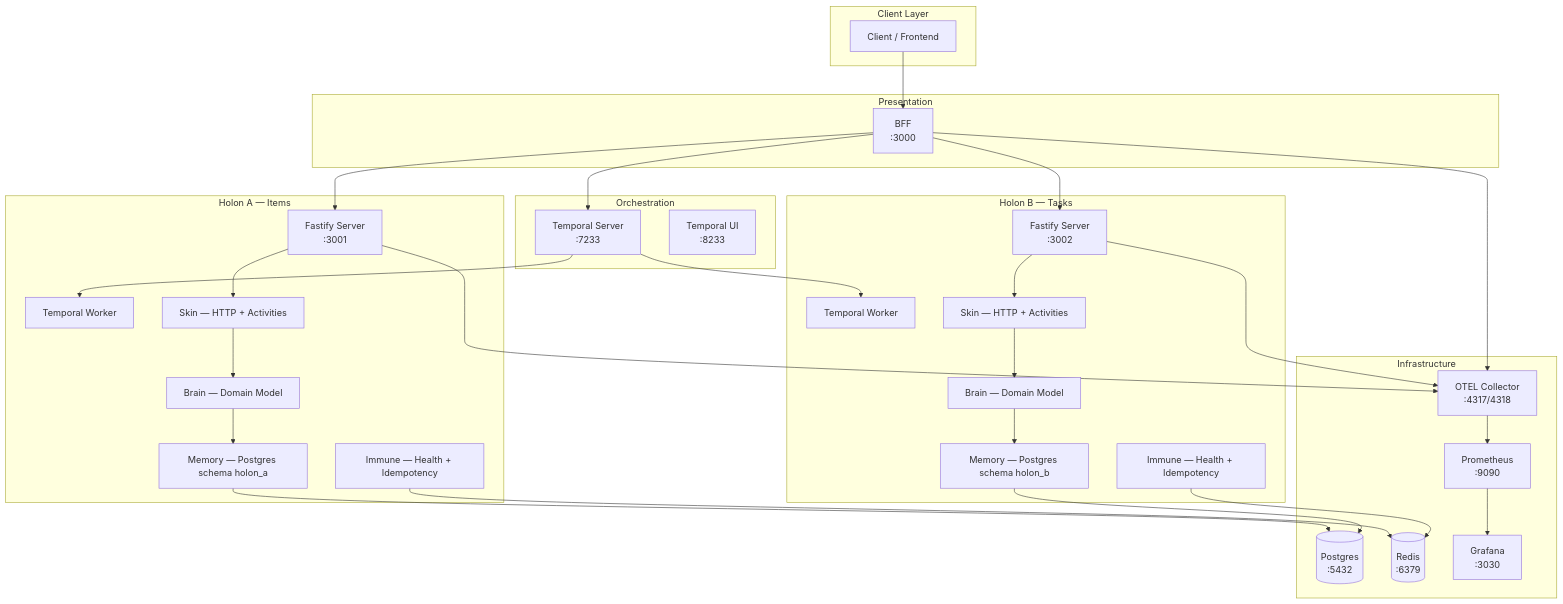
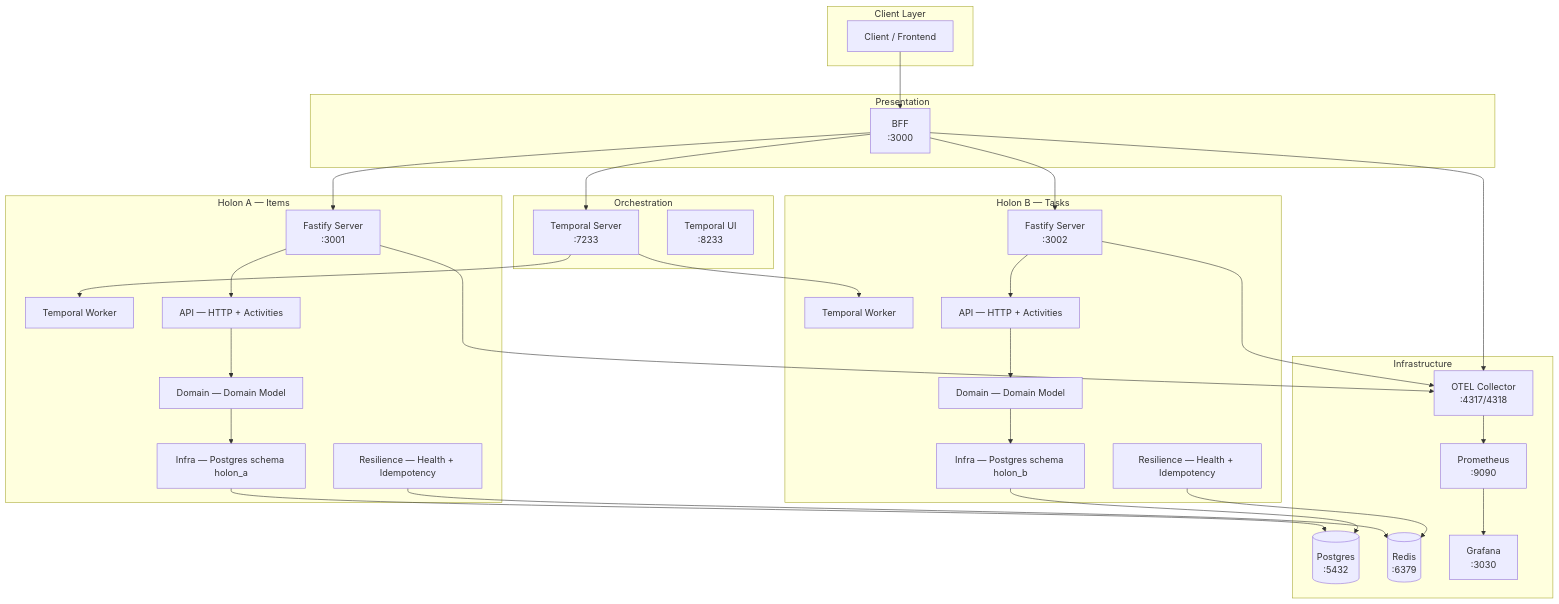
Before and after one commit to Felipeness/holonomic-architecture: the diagram in README.md, drawn with Mermaid. The commit also changed other lines of this file and 27 other files, not shown here.

````diff
--- a/README.md
+++ b/README.md
@@ -9,59 +9,59 @@
 ```mermaid
 graph TB
     subgraph "Client Layer"
         CLIENT[Client / Frontend]
     end
 
     subgraph "Presentation"
         BFF[BFF<br/>:3000]
     end
 
     subgraph "Orchestration"
         TEMPORAL[Temporal Server<br/>:7233]
         TUI[Temporal UI<br/>:8233]
     end
 
     subgraph "Holon A — Items"
         HA_API[Fastify Server<br/>:3001]
         HA_WORKER[Temporal Worker]
-        HA_SKIN[Skin — HTTP + Activities]
-        HA_BRAIN[Brain — Domain Model]
-        HA_MEMORY[Memory — Postgres schema holon_a]
-        HA_IMMUNE[Immune — Health + Idempotency]
+        HA_SKIN[API — HTTP + Activities]
+        HA_BRAIN[Domain — Domain Model]
+        HA_MEMORY[Infra — Postgres schema holon_a]
+        HA_IMMUNE[Resilience — Health + Idempotency]
     end
 
     subgraph "Holon B — Tasks"
         HB_API[Fastify Server<br/>:3002]
         HB_WORKER[Temporal Worker]
-        HB_SKIN[Skin — HTTP + Activities]
-        HB_BRAIN[Brain — Domain Model]
-        HB_MEMORY[Memory — Postgres schema holon_b]
-        HB_IMMUNE[Immune — Health + Idempotency]
+        HB_SKIN[API — HTTP + Activities]
+        HB_BRAIN[Domain — Domain Model]
+        HB_MEMORY[Infra — Postgres schema holon_b]
+        HB_IMMUNE[Resilience — Health + Idempotency]
     end
 
     subgraph "Infrastructure"
         PG[(Postgres<br/>:5432)]
         REDIS[(Redis<br/>:6379)]
         OTEL[OTEL Collector<br/>:4317/4318]
         PROM[Prometheus<br/>:9090]
         GRAFANA[Grafana<br/>:3030]
     end
 
     CLIENT --> BFF
     BFF --> HA_API
     BFF --> HB_API
     BFF --> TEMPORAL
 
     TEMPORAL --> HA_WORKER
     TEMPORAL --> HB_WORKER
 
     HA_API --> HA_SKIN --> HA_BRAIN --> HA_MEMORY --> PG
     HA_IMMUNE --> REDIS
     HB_API --> HB_SKIN --> HB_BRAIN --> HB_MEMORY --> PG
     HB_IMMUNE --> REDIS
 
     HA_API --> OTEL
     HB_API --> OTEL
     BFF --> OTEL
     OTEL --> PROM --> GRAFANA
 ```
````
